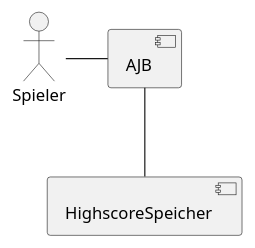
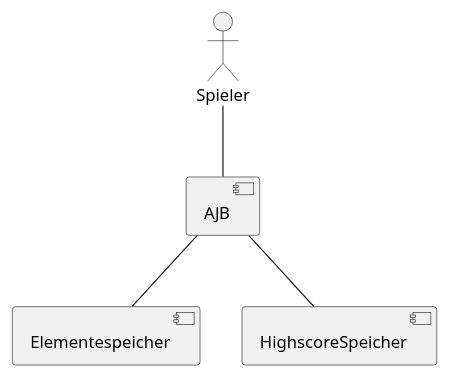
One commit to pfeilda/softwareengineeringProjekt changed the diagram in Documentation/plantuml/FachlicheAbgrenzung.puml. Above: the diagram before and after it, drawn with PlantUML.

Commit message:
[DOCUMENTATION]Added element storage to "Fachliche Abgrenzung"

```diff
--- a/Documentation/plantuml/FachlicheAbgrenzung.puml
+++ b/Documentation/plantuml/FachlicheAbgrenzung.puml
@@ -1,10 +1,12 @@
 @startuml
 
 component AJB
+component Elementespeicher
 actor Spieler
+component HighscoreSpeicher
 
-AJB -left- Spieler
-component HighscoreSpeicher
+Spieler -- AJB
+AJB -- Elementespeicher
 AJB -- HighscoreSpeicher
 
 @enduml
```
